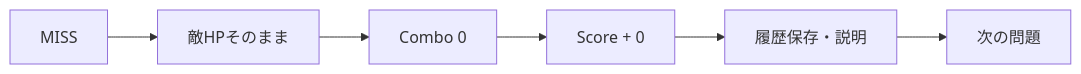
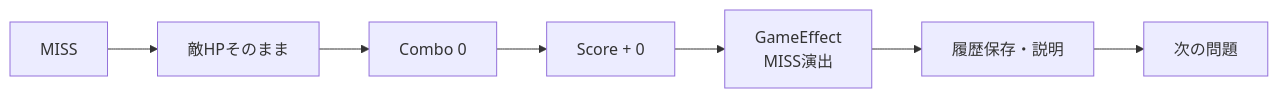
The sixth of 30 diagrams in README.md (suu-dev-0203/graduation_JAVAgame), drawn with Mermaid before and after one commit. The commit also changed other lines of this file, not shown here.

````diff
--- a/README.md
+++ b/README.md
@@ -249,8 +318,9 @@
 ```mermaid
 flowchart LR
     A[MISS] --> B[敵HPそのまま]
     B --> C[Combo 0]
     C --> D[Score + 0]
-    D --> E[履歴保存・説明]
-    E --> F[次の問題]
+    D --> E[GameEffect<br/>MISS演出]
+    E --> F[履歴保存・説明]
+    F --> G[次の問題]
 ```
````
